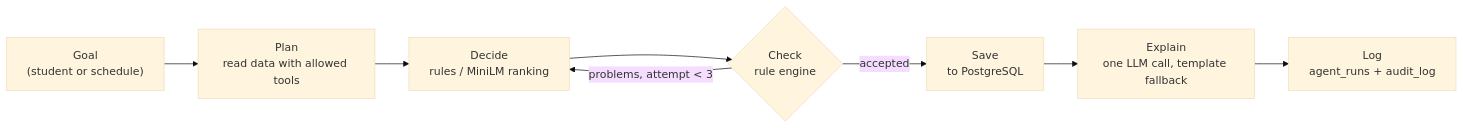
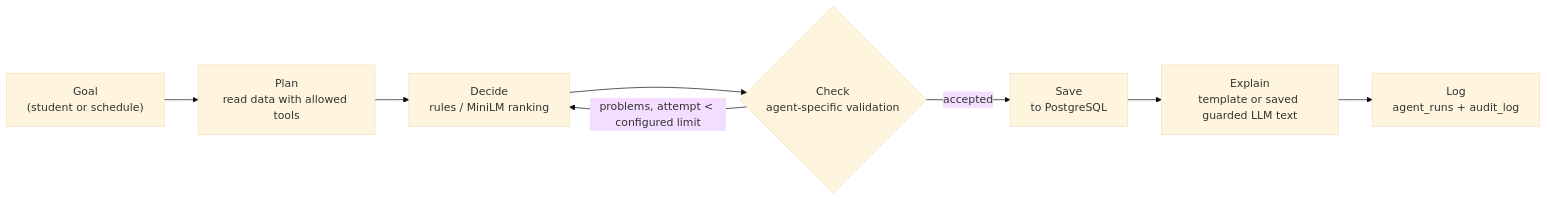
Before and after one commit to chandrac-msaim/i2ai-project21: the second of 6 diagrams in docs/DIAGRAMS.md, drawn with Mermaid (base theme). The commit also changed other lines of this file and 8 other files, not shown here.

````diff
--- a/docs/DIAGRAMS.md
+++ b/docs/DIAGRAMS.md
@@ -49,10 +49,10 @@
 ```mermaid
 flowchart LR
   G["Goal<br/>(student or schedule)"] --> P["Plan<br/>read data with allowed tools"]
   P --> D["Decide<br/>rules / MiniLM ranking"]
-  D --> C{"Check<br/>rule engine"}
-  C -- "problems, attempt < 3" --> D
+  D --> C{"Check<br/>agent-specific validation"}
+  C -- "problems, attempt < configured limit" --> D
   C -- "accepted" --> S["Save<br/>to PostgreSQL"]
-  S --> E["Explain<br/>one LLM call, template fallback"]
+  S --> E["Explain<br/>template or saved guarded LLM text"]
   E --> L["Log<br/>agent_runs + audit_log"]
 ```
````
